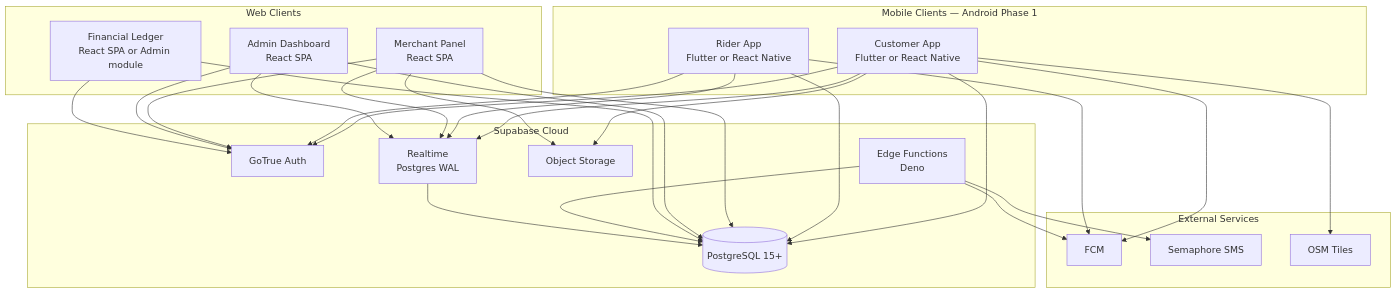
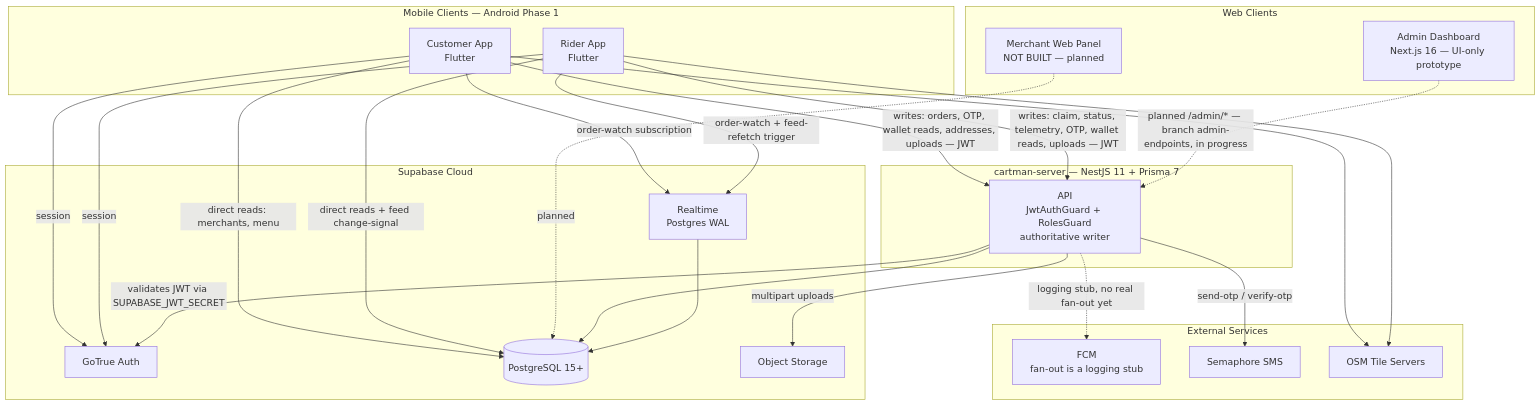
One commit to xzen-projects/cartman-ph-docs changed the second of 14 diagrams in ARCHITECTURE.md. Above: the diagram before and after it, drawn with Mermaid. The commit also changed other lines of this file, not shown here.

First line of the commit message:
docs: reconcile ARCHITECTURE.md with implemented server reality

````diff
--- a/ARCHITECTURE.md
+++ b/ARCHITECTURE.md
@@ -113,56 +113,53 @@
 ```mermaid
 flowchart TB
   subgraph mobile [Mobile Clients — Android Phase 1]
-    CustApp[Customer App\nFlutter or React Native]
-    RiderApp[Rider App\nFlutter or React Native]
+    CustApp[Customer App\nFlutter]
+    RiderApp[Rider App\nFlutter]
   end
 
   subgraph web [Web Clients]
-    MerchantWeb[Merchant Panel\nReact SPA]
-    AdminWeb[Admin Dashboard\nReact SPA]
-    LedgerWeb[Financial Ledger\nReact SPA or Admin module]
+    AdminWeb[Admin Dashboard\nNext.js 16 — UI-only prototype]
+    MerchantWeb[Merchant Web Panel\nNOT BUILT — planned]
+  end
+
+  subgraph server [cartman-server — NestJS 11 + Prisma 7]
+    NestAPI[API\nJwtAuthGuard + RolesGuard\nauthoritative writer]
   end
 
   subgraph supabase [Supabase Cloud]
     Auth[GoTrue Auth]
     PG[(PostgreSQL 15+)]
     RT[Realtime\nPostgres WAL]
     Storage[Object Storage]
-    Edge[Edge Functions\nDeno]
   end
 
   subgraph external [External Services]
-    FCM[FCM]
+    FCM[FCM\nfan-out is a logging stub]
     SMS[Semaphore SMS]
-    OSM[OSM Tiles]
+    OSM[OSM Tile Servers]
   end
 
-  CustApp --> Auth
-  CustApp --> PG
-  CustApp --> RT
-  CustApp --> Storage
+  CustApp -->|writes: orders, OTP, wallet reads, addresses, uploads — JWT| NestAPI
+  RiderApp -->|writes: claim, status, telemetry, OTP, wallet reads, uploads — JWT| NestAPI
+  AdminWeb -.->|planned /admin/* — branch admin-endpoints, in progress| NestAPI
+
+  CustApp -->|session| Auth
+  CustApp -->|direct reads: merchants, menu| PG
+  CustApp -->|order-watch subscription| RT
   CustApp --> OSM
-  CustApp --> FCM
 
-  RiderApp --> Auth
-  RiderApp --> PG
-  RiderApp --> RT
-  RiderApp --> FCM
+  RiderApp -->|session| Auth
+  RiderApp -->|direct reads + feed change-signal| PG
+  RiderApp -->|order-watch + feed-refetch trigger| RT
+  RiderApp --> OSM
 
-  MerchantWeb --> Auth
-  MerchantWeb --> PG
-  MerchantWeb --> RT
-  MerchantWeb --> Storage
+  MerchantWeb -.->|planned| PG
 
-  AdminWeb --> Auth
-  AdminWeb --> PG
-  AdminWeb --> RT
+  NestAPI --> PG
+  NestAPI -->|validates JWT via SUPABASE_JWT_SECRET| Auth
+  NestAPI -->|multipart uploads| Storage
+  NestAPI -->|send-otp / verify-otp| SMS
+  NestAPI -.->|logging stub, no real fan-out yet| FCM
 
-  LedgerWeb --> Auth
-  LedgerWeb --> PG
-
-  Edge --> SMS
-  Edge --> FCM
-  Edge --> PG
   RT --> PG
 ```
````
